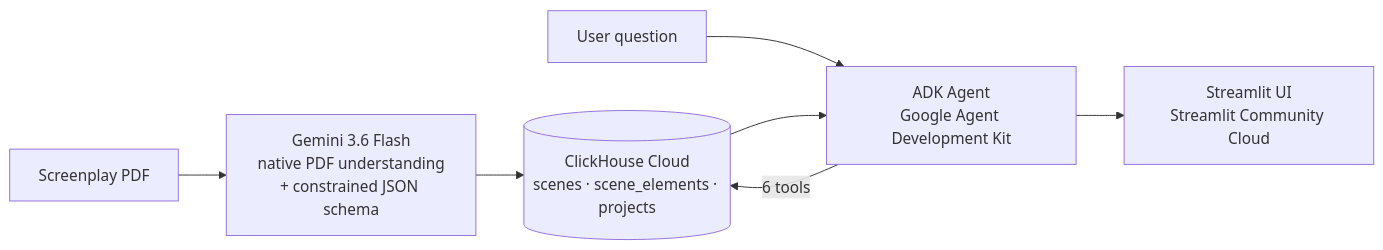
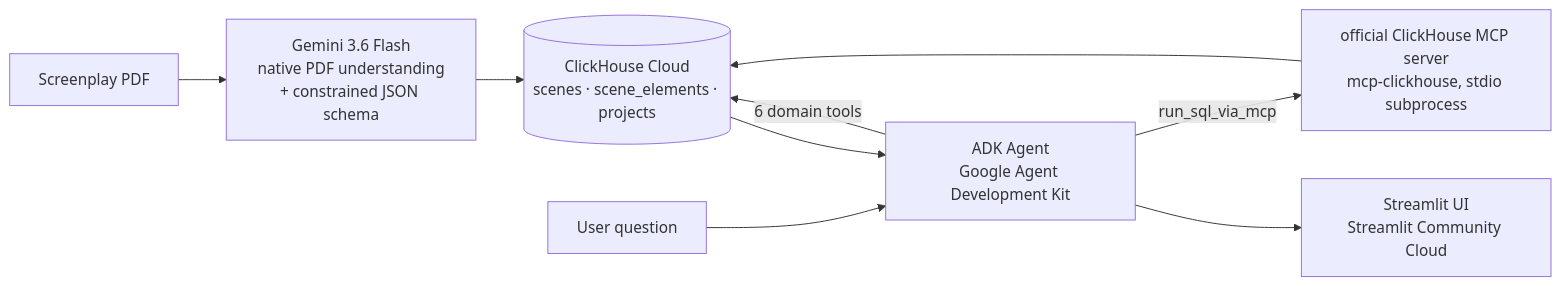
One commit to realahmadmujtaba/ad-room-free changed the diagram in README.md. Above: the diagram before and after it, drawn with Mermaid. The commit also changed other lines of this file and 3 other files, not shown here.

First line of the commit message:
Add the official ClickHouse MCP server as a real runtime tool

````diff
--- a/README.md
+++ b/README.md
@@ -20,9 +20,11 @@
 ```mermaid
 flowchart LR
     A[Screenplay PDF] --> B[Gemini 3.6 Flash<br/>native PDF understanding<br/>+ constrained JSON schema]
     B --> C[(ClickHouse Cloud<br/>scenes · scene_elements · projects)]
     D[User question] --> E[ADK Agent<br/>Google Agent Development Kit]
-    E -->|6 tools| C
+    E -->|6 domain tools| C
+    E -->|run_sql_via_mcp| G[official ClickHouse MCP server<br/>mcp-clickhouse, stdio subprocess]
+    G --> C
     C --> E
     E --> F[Streamlit UI<br/>Streamlit Community Cloud]
 ```
````
